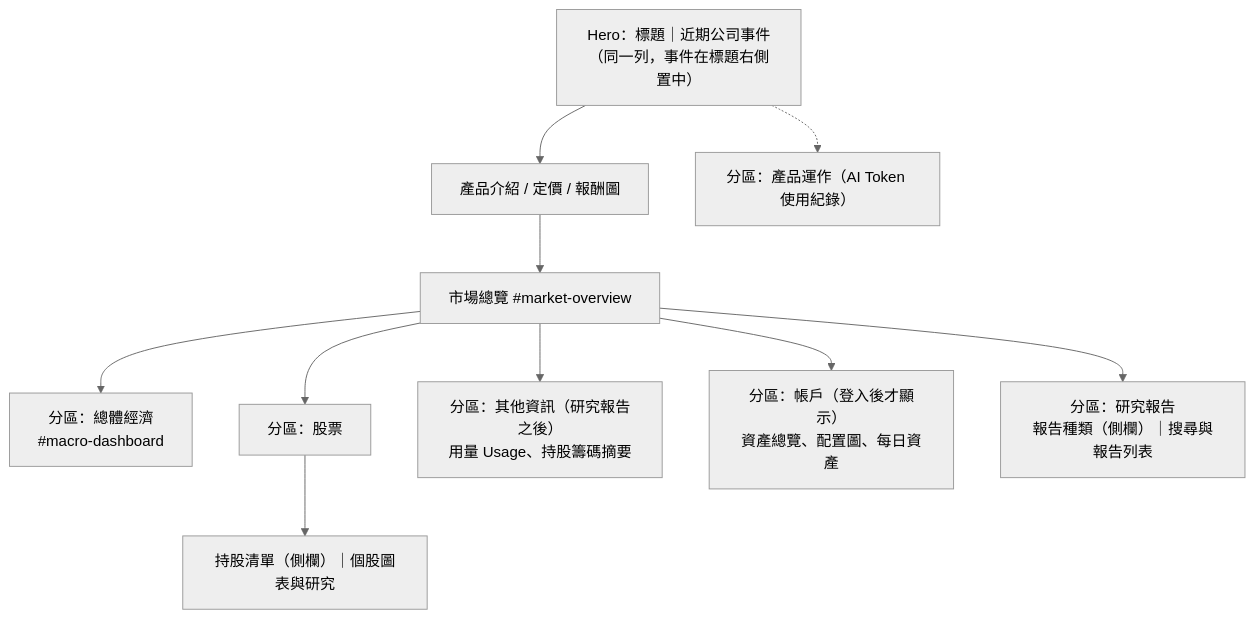
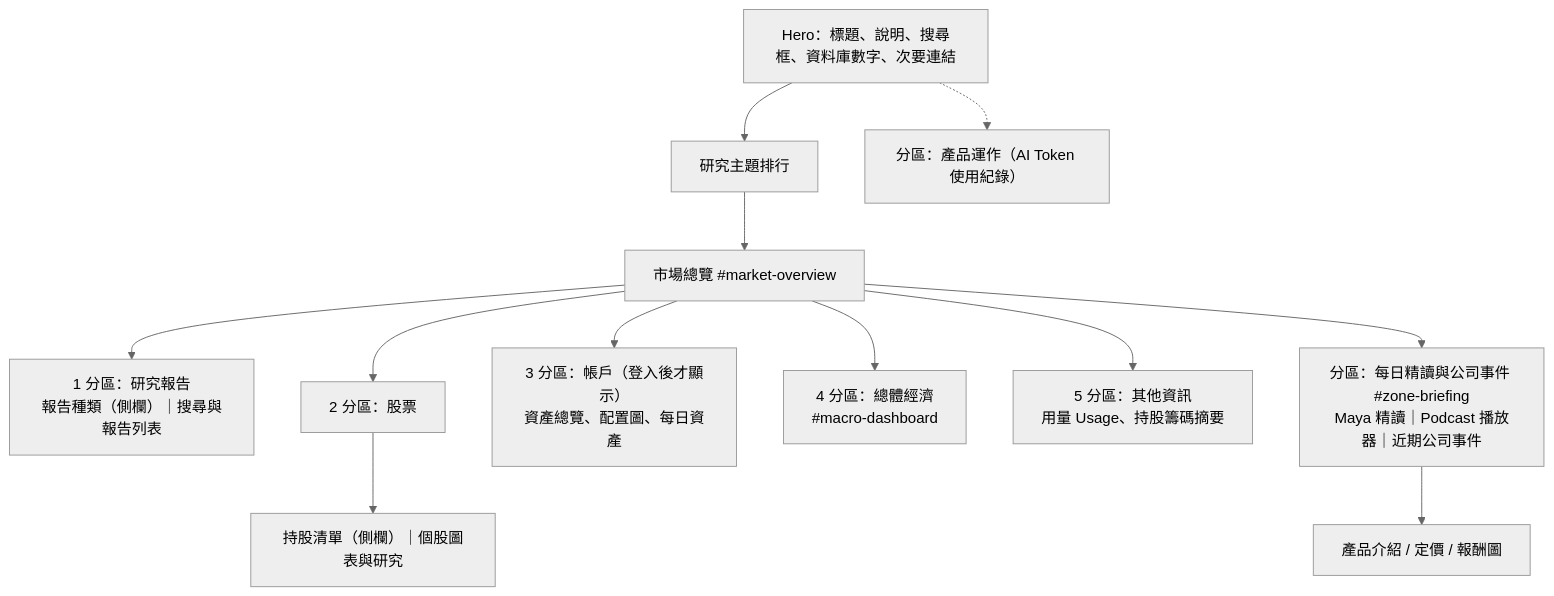
Before and after one commit to Vinskao/ty-multiverse: the diagram in docs/HOME_LAYOUT.md, drawn with Mermaid (neutral theme). The commit also changed other lines of this file and 17 other files, not shown here.

````diff
--- a/docs/HOME_LAYOUT.md
+++ b/docs/HOME_LAYOUT.md
@@ -5,12 +5,14 @@
 ```mermaid
 flowchart TD
-    H["Hero：標題｜近期公司事件（同一列，事件在標題右側置中）"] --> I["產品介紹 / 定價 / 報酬圖"]
-    I --> M["市場總覽 #market-overview"]
-    M --> Z1["分區：總體經濟<br/>#macro-dashboard"]
-    M --> Z2["分區：股票"]
+    H["Hero：標題、說明、搜尋框、資料庫數字、次要連結"] --> R["研究主題排行"]
+    R --> M["市場總覽 #market-overview"]
+    M --> Z4["1 分區：研究報告<br/>報告種類（側欄）｜搜尋與報告列表"]
+    M --> Z2["2 分區：股票"]
     Z2 --> S1["持股清單（側欄）｜個股圖表與研究"]
-    M --> Z6["分區：其他資訊（研究報告之後）<br/>用量 Usage、持股籌碼摘要"]
-    M --> Z3["分區：帳戶（登入後才顯示）<br/>資產總覽、配置圖、每日資產"]
-    M --> Z4["分區：研究報告<br/>報告種類（側欄）｜搜尋與報告列表"]
+    M --> Z3["3 分區：帳戶（登入後才顯示）<br/>資產總覽、配置圖、每日資產"]
+    M --> Z1["4 分區：總體經濟<br/>#macro-dashboard"]
+    M --> Z6["5 分區：其他資訊<br/>用量 Usage、持股籌碼摘要"]
+    M --> B["分區：每日精讀與公司事件 #zone-briefing<br/>Maya 精讀｜Podcast 播放器｜近期公司事件"]
+    B --> I["產品介紹 / 定價 / 報酬圖"]
     H -.-> Z5["分區：產品運作（AI Token 使用紀錄）"]
 ```
````
